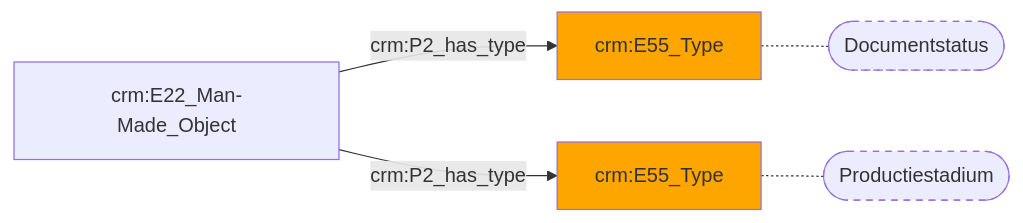
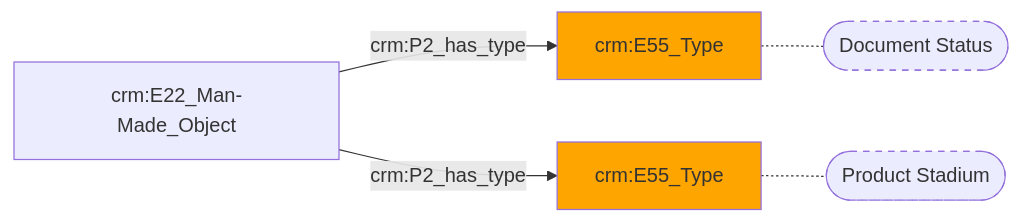
Before and after one commit to digipolisantwerpdocumentation/antwerp-cultureel-erfgoed: the diagram in docs/content/modellen/ArchiefItemMaterieel/Objectstatus.md, drawn with Mermaid. The commit also changed 167 other files, not shown here.

````diff
--- a/docs/content/modellen/ArchiefItemMaterieel/Objectstatus.md
+++ b/docs/content/modellen/ArchiefItemMaterieel/Objectstatus.md
@@ -1,11 +1,11 @@
 ```mermaid
 graph LR
-d1dd3f56-a5fe-11ec-b19f-9cf387da2c40["crm:E55_Type"]-.-d1dd3f56-a5fe-11ec-b19f-9cf387da2c40_s(["Documentstatus"])
-d1dd7caa-a5fe-11ec-b19f-9cf387da2c40["crm:E55_Type"]-.-d1dd7caa-a5fe-11ec-b19f-9cf387da2c40_s(["Productiestadium"])
-style d1dd3f56-a5fe-11ec-b19f-9cf387da2c40_s stroke-dasharray: 5
-style d1dd7caa-a5fe-11ec-b19f-9cf387da2c40_s stroke-dasharray: 5
+d1dd3f56-a5fe-11ec-b19f-9cf387da2c40["crm:E55_Type"]-.-d1dd3f56-a5fe-11ec-b19f-9cf387da2c40_s(["Document Status"])
+d1dd7caa-a5fe-11ec-b19f-9cf387da2c40["crm:E55_Type"]-.-d1dd7caa-a5fe-11ec-b19f-9cf387da2c40_s(["Product Stadium"])
 d1dd96e0-a5fe-11ec-b19f-9cf387da2c40["crm:E22_Man-Made_Object"]-->|"crm:P2_has_type"|d1dd3f56-a5fe-11ec-b19f-9cf387da2c40["crm:E55_Type"]
 d1dd96e0-a5fe-11ec-b19f-9cf387da2c40["crm:E22_Man-Made_Object"]-->|"crm:P2_has_type"|d1dd7caa-a5fe-11ec-b19f-9cf387da2c40["crm:E55_Type"]
 style d1dd3f56-a5fe-11ec-b19f-9cf387da2c40 fill:#ffa500
 style d1dd7caa-a5fe-11ec-b19f-9cf387da2c40 fill:#ffa500
+style d1dd3f56-a5fe-11ec-b19f-9cf387da2c40_s stroke-dasharray: 5
+style d1dd7caa-a5fe-11ec-b19f-9cf387da2c40_s stroke-dasharray: 5
 ```
````
